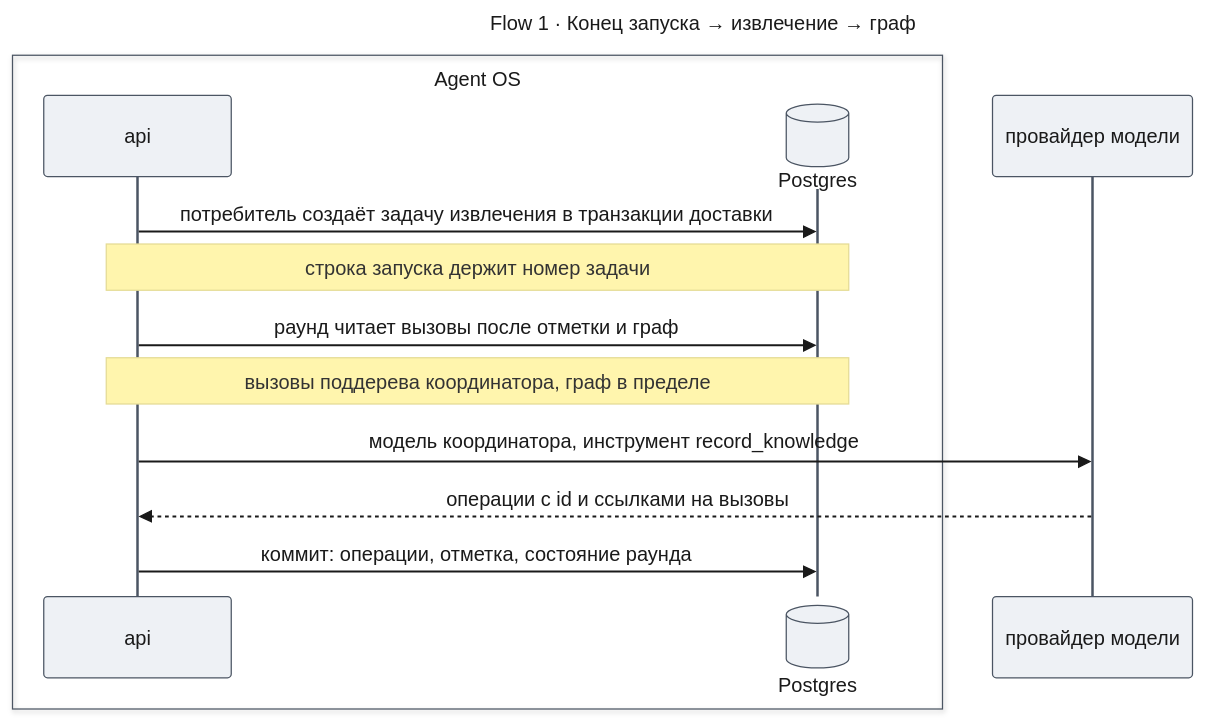
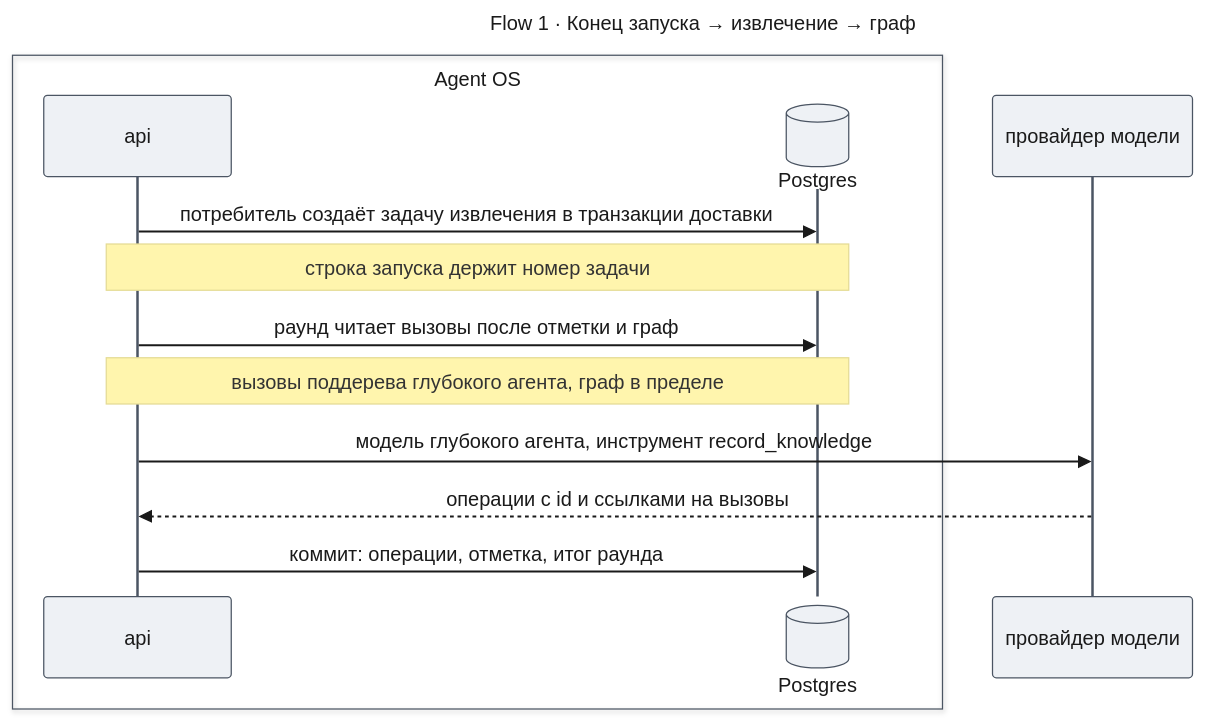
One commit to tundraray/agent-os changed the sixth of 11 diagrams in docs/features/self-learning/design-core.md. Above: the diagram before and after it, drawn with Mermaid. The commit also changed other lines of this file and 13 other files, not shown here.

````diff
--- a/docs/features/self-learning/design-core.md
+++ b/docs/features/self-learning/design-core.md
@@ -546,34 +534,34 @@
 ```mermaid
 ---
 title: "Flow 1 · Конец запуска → извлечение → граф"
 config:
   theme: base
   look: classic
   themeVariables:
     primaryColor: "#eef1f5"
     primaryBorderColor: "#4b5563"
     primaryTextColor: "#1a1a1a"
     lineColor: "#6b7280"
   themeCSS: |
     @keyframes lit_f1{0%,18%{stroke:#991b1b;stroke-width:6px}20%,100%{stroke:#37474f;stroke-width:2px}}
     @keyframes litr_f1{0%,18%{stroke:#1d4ed8;stroke-width:6px}20%,100%{stroke:#37474f;stroke-width:2px}}
     .messageLine0[data-id='i0'],.messageLine1[data-id='i0']{animation:lit_f1 6s linear 0s infinite}
     .messageLine0[data-id='i2'],.messageLine1[data-id='i2']{animation:litr_f1 6s linear 1.2s infinite}
     .messageLine0[data-id='i4'],.messageLine1[data-id='i4']{animation:lit_f1 6s linear 2.4s infinite}
     .messageLine0[data-id='i5'],.messageLine1[data-id='i5']{animation:litr_f1 6s linear 3.6s infinite}
     .messageLine0[data-id='i6'],.messageLine1[data-id='i6']{animation:lit_f1 6s linear 4.8s infinite}
 ---
 sequenceDiagram
     box Agent OS
         participant api
         participant DB@{ "type": "database" } as Postgres
     end
     participant LLM as провайдер модели
     api->>DB: потребитель создаёт задачу извлечения в транзакции доставки
     Note over api,DB: строка запуска держит номер задачи
     api->>DB: раунд читает вызовы после отметки и граф
-    Note over api,DB: вызовы поддерева координатора, граф в пределе
-    api->>LLM: модель координатора, инструмент record_knowledge
+    Note over api,DB: вызовы поддерева глубокого агента, граф в пределе
+    api->>LLM: модель глубокого агента, инструмент record_knowledge
     LLM-->>api: операции с id и ссылками на вызовы
-    api->>DB: коммит: операции, отметка, состояние раунда
+    api->>DB: коммит: операции, отметка, итог раунда
 ```
````
